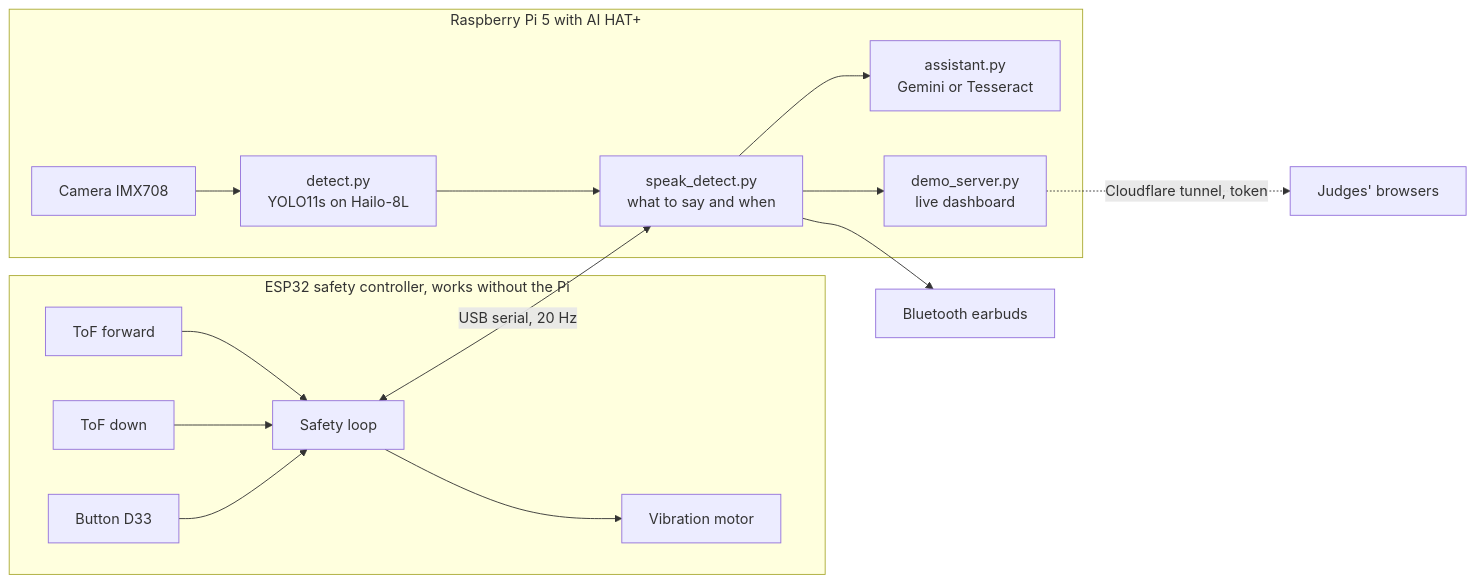
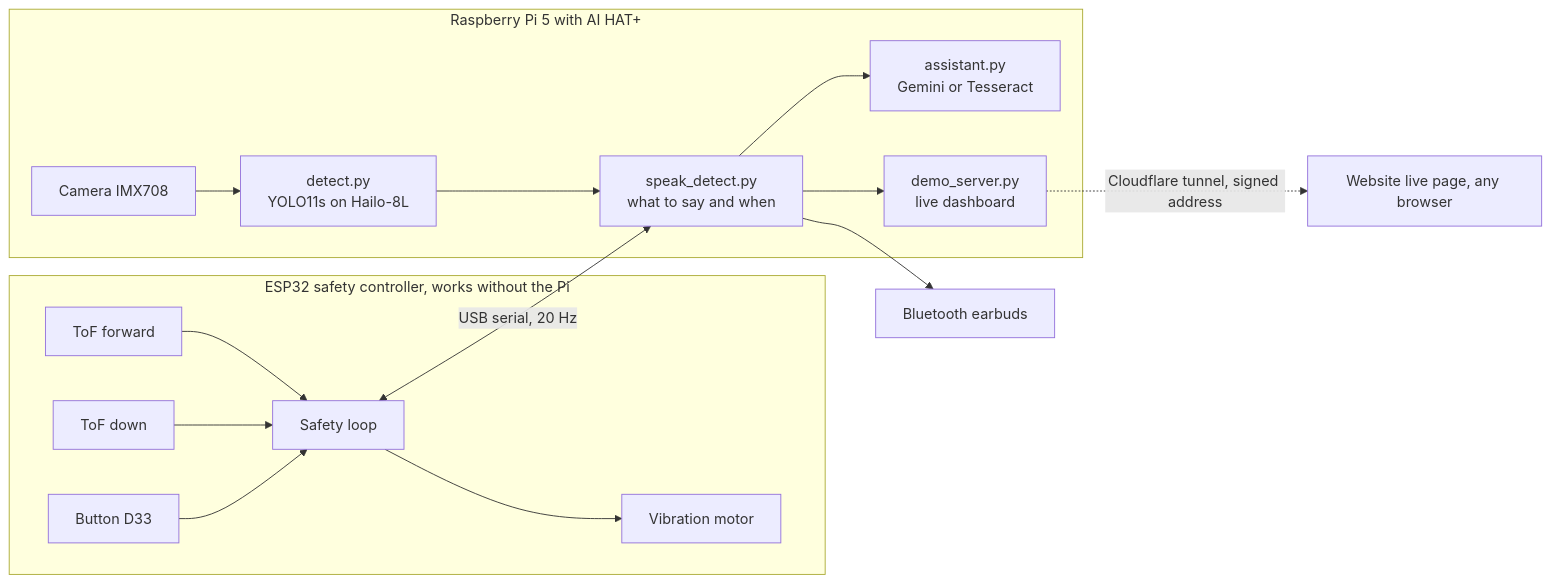
Before and after one commit to adeliusa486/KSCDR-Hackathon-SmartCane2.0: the diagram in README.md, drawn with Mermaid. The commit also changed other lines of this file and 121 other files, not shown here.

````diff
--- a/README.md
+++ b/README.md
@@ -79,18 +99,18 @@
 ```mermaid
 flowchart LR
   subgraph ESP["ESP32 safety controller, works without the Pi"]
     TOF1[ToF forward] --> LOOP[Safety loop]
     TOF2[ToF down] --> LOOP
     BTN[Button D33] --> LOOP
     LOOP --> MOT[Vibration motor]
   end
   subgraph PI["Raspberry Pi 5 with AI HAT+"]
     CAM[Camera IMX708] --> DET["detect.py<br/>YOLO11s on Hailo-8L"]
     DET --> SPK["speak_detect.py<br/>what to say and when"]
     SPK --> AST["assistant.py<br/>Gemini or Tesseract"]
     SPK --> DASH["demo_server.py<br/>live dashboard"]
   end
   LOOP <-->|"USB serial, 20 Hz"| SPK
   SPK --> EAR[Bluetooth earbuds]
-  DASH -.->|"Cloudflare tunnel, token"| WEB["Judges' browsers"]
+  DASH -.->|"Cloudflare tunnel, signed address"| WEB["Website live page, any browser"]
 ```
````
